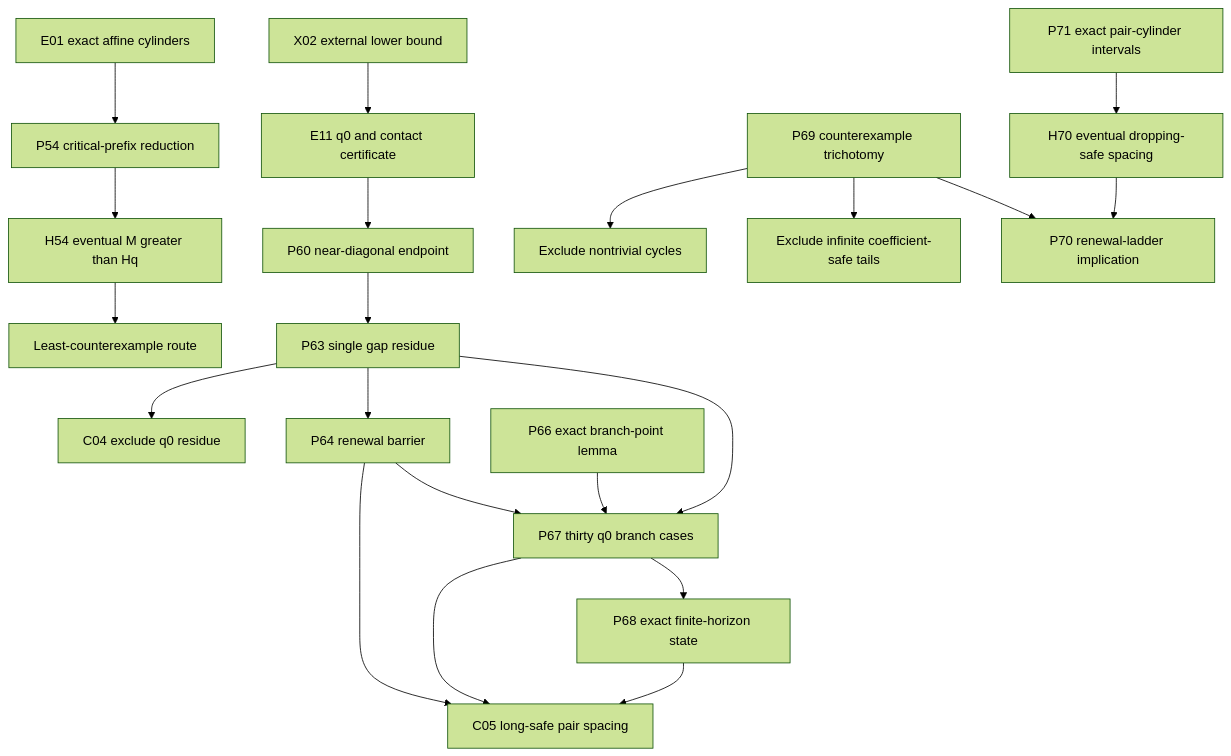
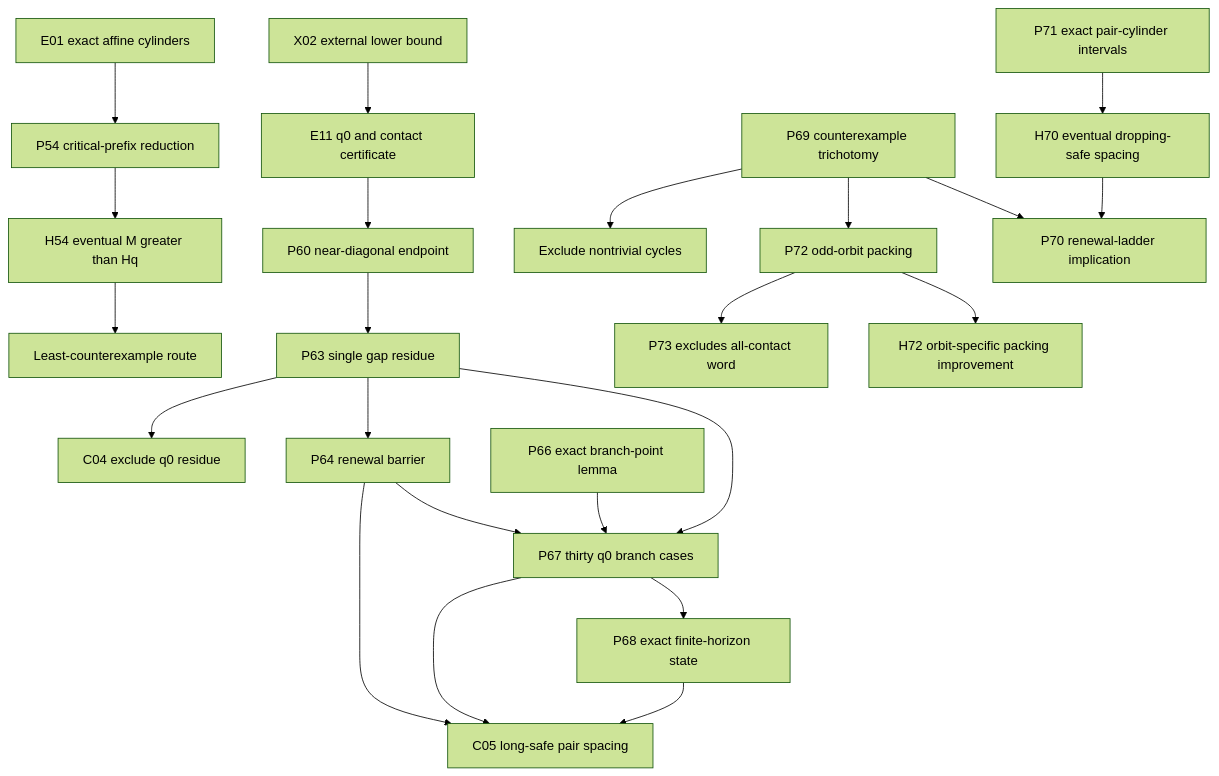
Before and after one commit to fumiki-t/Collatz-conjecture: the diagram in docs/AI_RESEARCH_GUIDE.md, drawn with Mermaid (forest theme). The commit also changed other lines of this file and 24 other files, not shown here.

Commit message:
feat: verify phase 12 infinite safe packing

````diff
--- a/docs/AI_RESEARCH_GUIDE.md
+++ b/docs/AI_RESEARCH_GUIDE.md
@@ -33,25 +35,27 @@
 ```mermaid
 flowchart TD
     E01["E01 exact affine cylinders"] --> P54["P54 critical-prefix reduction"]
     P54 --> H54["H54 eventual M greater than Hq"]
     H54 --> Goal["Least-counterexample route"]
 
     X02["X02 external lower bound"] --> E11["E11 q0 and contact certificate"]
     E11 --> P60["P60 near-diagonal endpoint"]
     P60 --> P63["P63 single gap residue"]
     P63 --> C04["C04 exclude q0 residue"]
     P63 --> P64["P64 renewal barrier"]
     P64 --> C05["C05 long-safe pair spacing"]
     P66["P66 exact branch-point lemma"] --> P67["P67 thirty q0 branch cases"]
     P63 --> P67
     P64 --> P67
     P67 --> C05
     P67 --> P68["P68 exact finite-horizon state"]
     P68 --> C05
 
     P69["P69 counterexample trichotomy"] --> Cycle["Exclude nontrivial cycles"]
-    P69 --> Infinite["Exclude infinite coefficient-safe tails"]
+    P69 --> P72["P72 odd-orbit packing"]
+    P72 --> P73["P73 excludes all-contact word"]
+    P72 --> H72["H72 orbit-specific packing improvement"]
     P69 --> P70["P70 renewal-ladder implication"]
     H70["H70 eventual dropping-safe spacing"] --> P70
     P71["P71 exact pair-cylinder intervals"] --> H70
 ```
````
